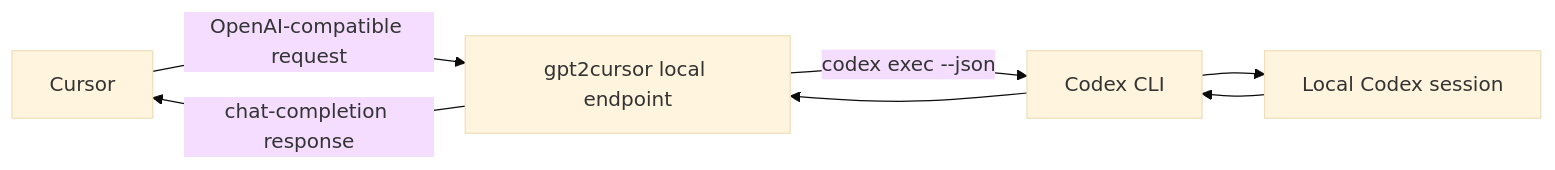
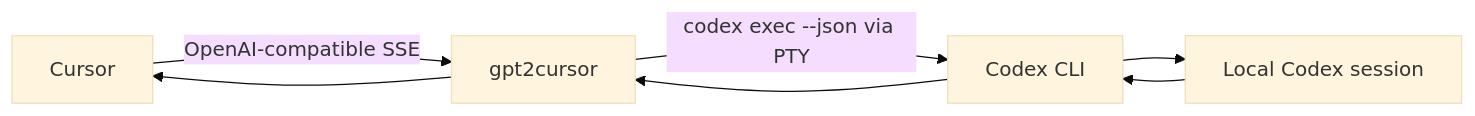
The diagram in README.md (ingeniousfrog/gpt2cursor), drawn with Mermaid (base theme) before and after one commit. The commit also changed other lines of this file and 3 other files, not shown here.

````diff
--- a/README.md
+++ b/README.md
@@ -58,14 +87,14 @@
 ```mermaid
 flowchart LR
   Cursor["Cursor"]
-  LocalEndpoint["gpt2cursor local endpoint"]
+  LocalEndpoint["gpt2cursor"]
   CodexCLI["Codex CLI"]
   CodexSession["Local Codex session"]
 
-  Cursor -->|"OpenAI-compatible request"| LocalEndpoint
-  LocalEndpoint -->|"codex exec --json"| CodexCLI
+  Cursor -->|"OpenAI-compatible SSE"| LocalEndpoint
+  LocalEndpoint -->|"codex exec --json via PTY"| CodexCLI
   CodexCLI --> CodexSession
   CodexSession --> CodexCLI
   CodexCLI --> LocalEndpoint
-  LocalEndpoint -->|"chat-completion response"| Cursor
+  LocalEndpoint --> Cursor
 ```
````
